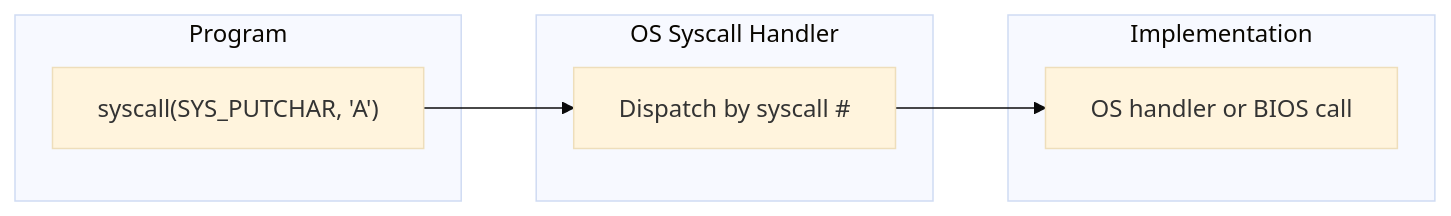
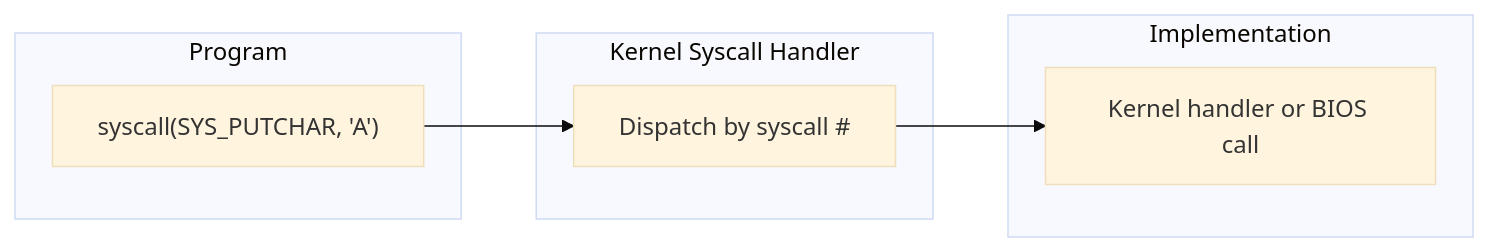
The fourth of 6 diagrams in docs/os-spec.md (benpayne/learn-fpga), drawn with Mermaid (base theme) before and after one commit. The commit also changed other lines of this file, not shown here.

Commit message:
Rename OS to kernel, clarify BIOS/kernel/app layering

````diff
--- a/docs/os-spec.md
+++ b/docs/os-spec.md
@@ -158,13 +164,13 @@
 ```mermaid
 graph LR
     subgraph "Program"
         A["syscall(SYS_PUTCHAR, 'A')"]
     end
-    subgraph "OS Syscall Handler"
+    subgraph "Kernel Syscall Handler"
         B["Dispatch by syscall #"]
     end
     subgraph "Implementation"
-        C["OS handler or BIOS call"]
+        C["Kernel handler or BIOS call"]
     end
     A --> B --> C
 ```
````
